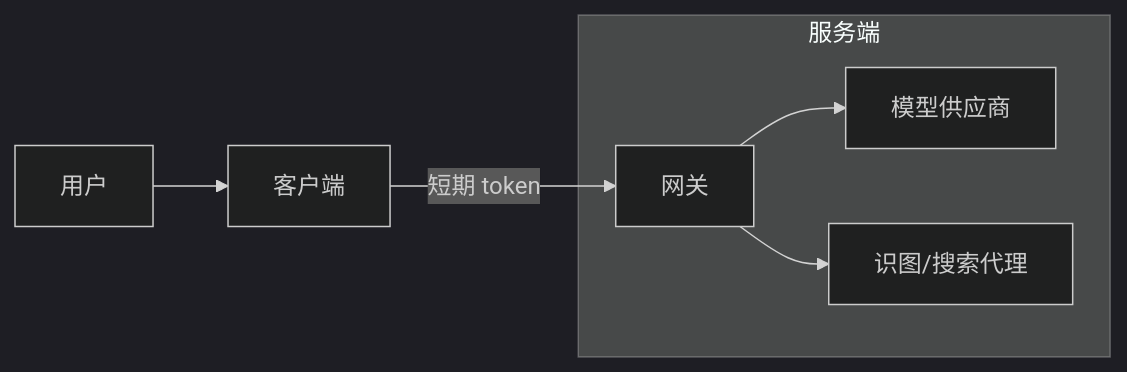
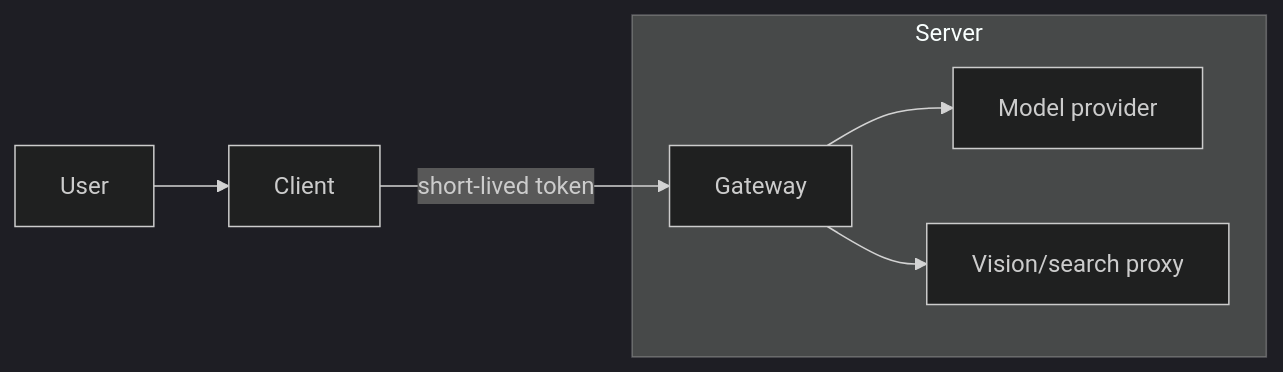
The first of 2 diagrams in resources/skills/lily-diagrams/SKILL.md (zhangqin2016/superhelper), drawn with Mermaid (dark theme) before and after one commit. The commit also changed other lines of this file and 62 other files, not shown here.

````diff
--- a/resources/skills/lily-diagrams/SKILL.md
+++ b/resources/skills/lily-diagrams/SKILL.md
@@ -36,9 +49,9 @@
 ```mermaid
 flowchart LR
-  U[用户] --> C[客户端]
-  C -->|短期 token| G[网关]
-  subgraph 服务端
-    G --> M[模型供应商]
-    G --> V[识图/搜索代理]
+  U[User] --> C[Client]
+  C -->|short-lived token| G[Gateway]
+  subgraph Server
+    G --> M[Model provider]
+    G --> V[Vision/search proxy]
   end
 ```
````
